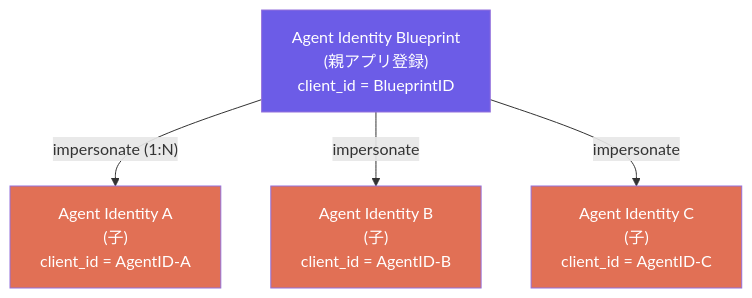
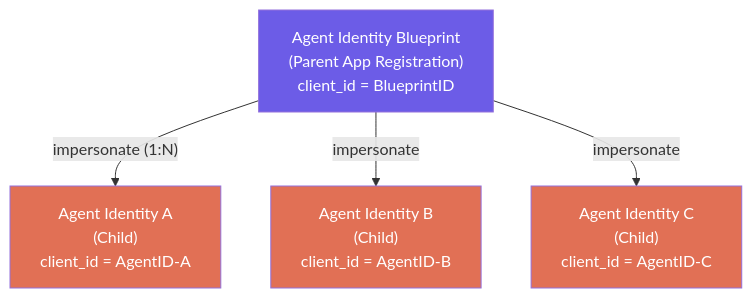
One commit to shigeyf/entra-agent-id-auth-flow-demo changed the second of 8 diagrams in docs/agent-identity-oauth-flow-comparison.md. Above: the diagram before and after it, drawn with Mermaid. The commit also changed other lines of this file and 23 other files, not shown here.

````diff
--- a/docs/agent-identity-oauth-flow-comparison.md
+++ b/docs/agent-identity-oauth-flow-comparison.md
@@ -103,15 +106,15 @@
 ```mermaid
 flowchart TB
-    BP["Agent Identity Blueprint<br/>(親アプリ登録)<br/>client_id = BlueprintID"]
-    AI1["Agent Identity A<br/>(子)<br/>client_id = AgentID-A"]
-    AI2["Agent Identity B<br/>(子)<br/>client_id = AgentID-B"]
-    AI3["Agent Identity C<br/>(子)<br/>client_id = AgentID-C"]
+    BP["Agent Identity Blueprint<br/>(Parent App Registration)<br/>client_id = BlueprintID"]
+    AI1["Agent Identity A<br/>(Child)<br/>client_id = AgentID-A"]
+    AI2["Agent Identity B<br/>(Child)<br/>client_id = AgentID-B"]
+    AI3["Agent Identity C<br/>(Child)<br/>client_id = AgentID-C"]
     BP -->|"impersonate (1:N)"| AI1
     BP -->|"impersonate"| AI2
     BP -->|"impersonate"| AI3
 
     style BP fill:#6c5ce7,color:#fff
     style AI1 fill:#e17055,color:#fff
     style AI2 fill:#e17055,color:#fff
     style AI3 fill:#e17055,color:#fff
 ```
````
